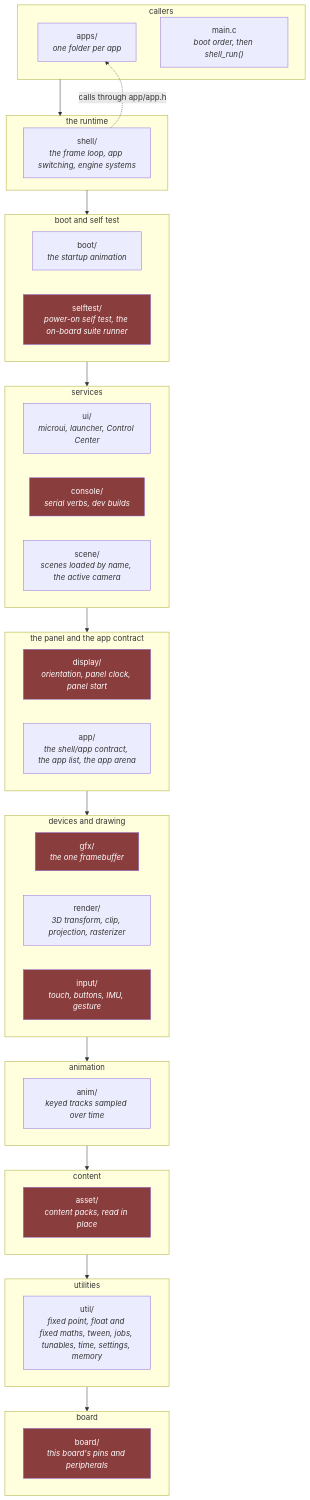
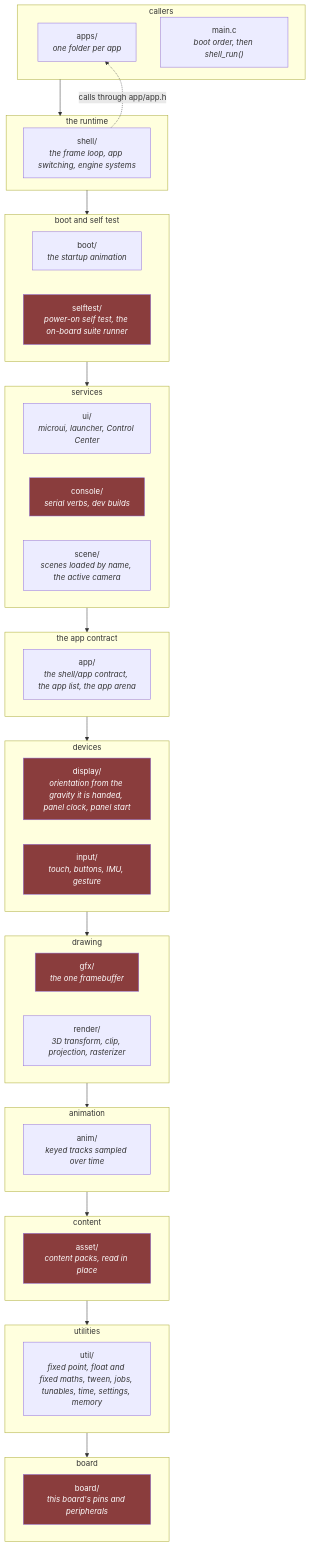
The first of 4 diagrams in docs/Firmware-Architecture.md (jose-villegas/autana), drawn with Mermaid before and after one commit. The commit also changed other lines of this file and 8 other files, not shown here.

First line of the commit message:
display: orientation from the gravity the shell hands in; display stops reading the IMU

````diff
--- a/docs/Firmware-Architecture.md
+++ b/docs/Firmware-Architecture.md
@@ -47,45 +47,47 @@
 ```mermaid
 flowchart TB
     classDef hw fill:#8a3d3d,color:#fff
 
     subgraph R1["callers"]
         Apps["apps/<br/><i>one folder per app</i>"]
         Main["main.c<br/><i>boot order, then shell_run()</i>"]
     end
     subgraph R2["the runtime"]
         Shell["shell/<br/><i>the frame loop, app switching, engine systems</i>"]
     end
     subgraph R3["boot and self test"]
         Boot["boot/<br/><i>the startup animation</i>"]
         Selftest["selftest/<br/><i>power-on self test, the on-board suite runner</i>"]:::hw
     end
     subgraph R4["services"]
         Ui["ui/<br/><i>microui, launcher, Control Center</i>"]
         Console["console/<br/><i>serial verbs, dev builds</i>"]:::hw
         Scene["scene/<br/><i>scenes loaded by name, the active camera</i>"]
     end
-    subgraph R5["the panel and the app contract"]
-        Display["display/<br/><i>orientation, panel clock, panel start</i>"]:::hw
+    subgraph R5["the app contract"]
         App["app/<br/><i>the shell/app contract, the app list, the app arena</i>"]
     end
-    subgraph R6["devices and drawing"]
+    subgraph R6["devices"]
+        Display["display/<br/><i>orientation from the gravity it is handed, panel clock, panel start</i>"]:::hw
+        Input["input/<br/><i>touch, buttons, IMU, gesture</i>"]:::hw
+    end
+    subgraph R7["drawing"]
         Gfx["gfx/<br/><i>the one framebuffer</i>"]:::hw
         Render["render/<br/><i>3D transform, clip, projection, rasterizer</i>"]
-        Input["input/<br/><i>touch, buttons, IMU, gesture</i>"]:::hw
     end
-    subgraph R7["animation"]
+    subgraph R8["animation"]
         Anim["anim/<br/><i>keyed tracks sampled over time</i>"]
     end
-    subgraph R8["content"]
+    subgraph R9["content"]
         Asset["asset/<br/><i>content packs, read in place</i>"]:::hw
     end
-    subgraph R9["utilities"]
+    subgraph R10["utilities"]
         Util["util/<br/><i>fixed point, float and fixed maths, tween, jobs, tunables, time, settings, memory</i>"]
     end
-    subgraph R10["board"]
+    subgraph R11["board"]
         Board["board/<br/><i>this board's pins and peripherals</i>"]:::hw
     end
 
-    R1 --> R2 --> R3 --> R4 --> R5 --> R6 --> R7 --> R8 --> R9 --> R10
+    R1 --> R2 --> R3 --> R4 --> R5 --> R6 --> R7 --> R8 --> R9 --> R10 --> R11
     Shell -.->|"calls through app/app.h"| Apps
 ```
````
